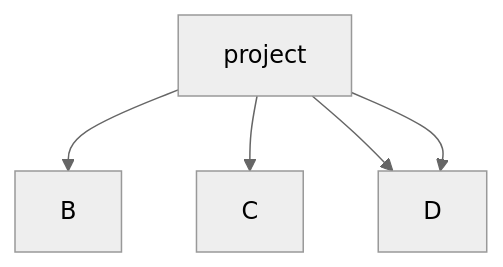
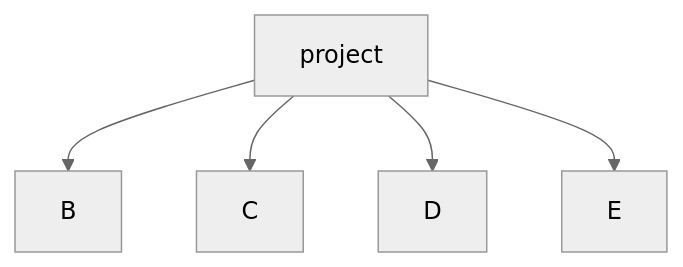
The diagram in README.md (ehsanSepahi/ehsanSepahi), drawn with Mermaid (neutral theme) before and after one commit.

````diff
--- a/README.md
+++ b/README.md
@@ -21,7 +21,7 @@
 ```mermaid
 graph TD;
     project-->B;
     project-->C;
     project-->D;
-    project-->D;
+    project-->E;
 ```
````
